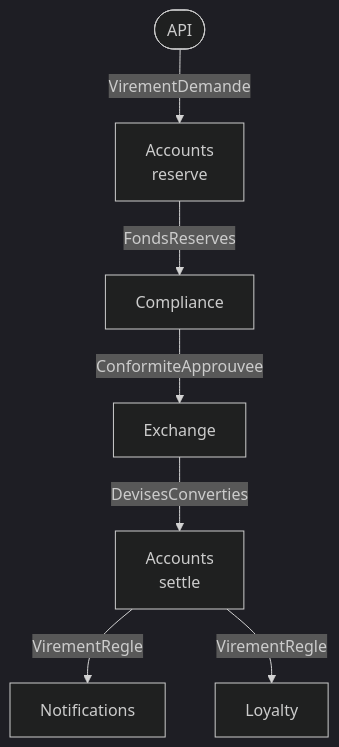
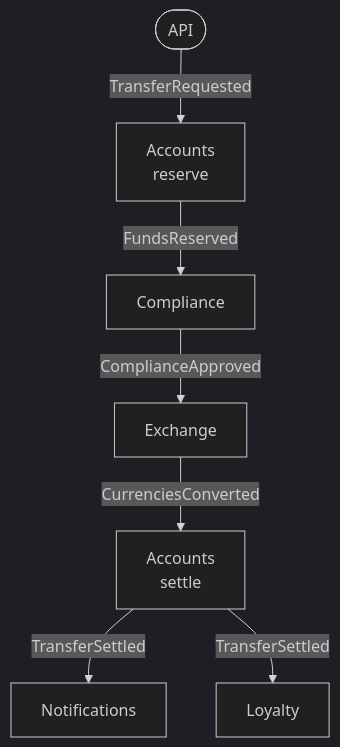
One commit to drangoht/ArchitecturesDemo changed the diagram in Docs/en/fiches/21-choregraphie.md. Above: the diagram before and after it, drawn with Mermaid (dark theme). The commit also changed other lines of this file and 78 other files, not shown here.

First line of the commit message:
Docs EN : identifiants, liens, diagrammes et sorties alignés sur le code anglais

````diff
--- a/Docs/en/fiches/21-choregraphie.md
+++ b/Docs/en/fiches/21-choregraphie.md
@@ -12,8 +12,8 @@
 ```mermaid
 flowchart TB
-    API(["API"]) -->|VirementDemande| CO["Accounts<br/>reserve"]
-    CO -->|FondsReserves| CF["Compliance"]
-    CF -->|ConformiteApprouvee| CH["Exchange"]
-    CH -->|DevisesConverties| CO2["Accounts<br/>settle"]
-    CO2 -->|VirementRegle| NO["Notifications"] & FI["Loyalty"]
+    API(["API"]) -->|TransferRequested| CO["Accounts<br/>reserve"]
+    CO -->|FundsReserved| CF["Compliance"]
+    CF -->|ComplianceApproved| CH["Exchange"]
+    CH -->|CurrenciesConverted| CO2["Accounts<br/>settle"]
+    CO2 -->|TransferSettled| NO["Notifications"] & FI["Loyalty"]
 ```
````
